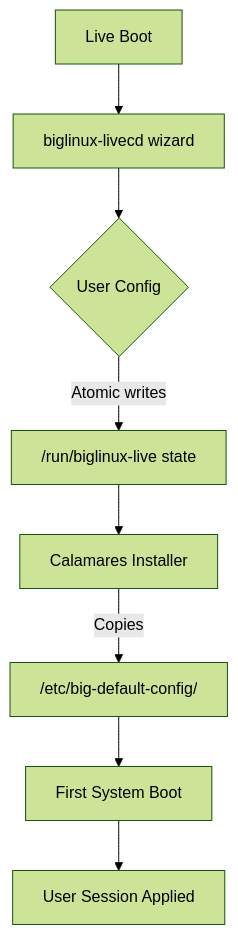
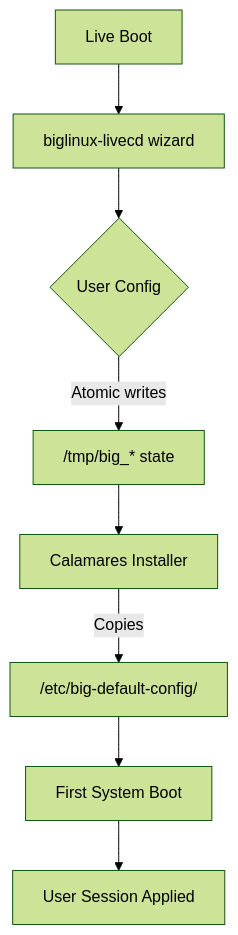
One commit to biglinux/biglinux-livecd changed the diagram in README.md. Above: the diagram before and after it, drawn with Mermaid (forest theme). The commit also changed other lines of this file and 2 other files, not shown here.

First line of the commit message:
📚 docs: correct live state file locations

````diff
--- a/README.md
+++ b/README.md
@@ -50,10 +50,10 @@
 ```mermaid
 graph TD
     A[Live Boot] --> B[biglinux-livecd wizard]
     B --> C{User Config}
-    C -->|Atomic writes| D["/run/biglinux-live state"]
+    C -->|Atomic writes| D["/tmp/big_* state"]
     D --> E[Calamares Installer]
     E -->|Copies| F["/etc/big-default-config/"]
     F --> G[First System Boot]
     G --> H[User Session Applied]
 ```
````
